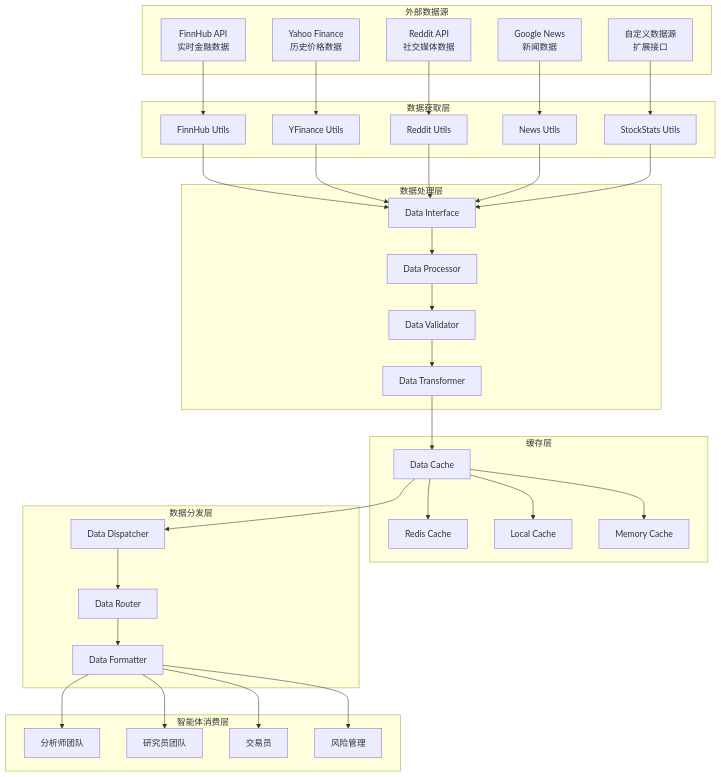
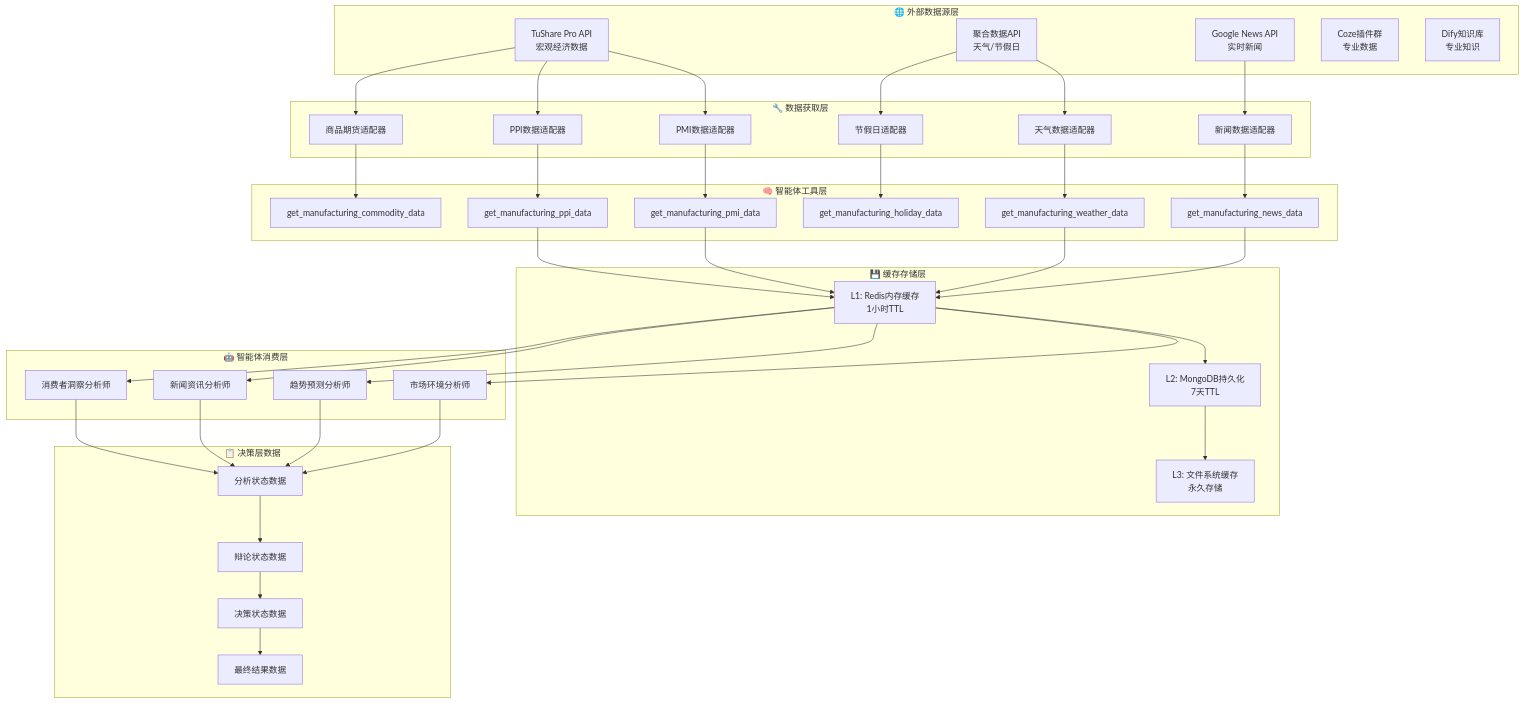
The first of 3 diagrams in docs/architecture/data-flow-architecture.md (YUHAO-corn/manufacturing-agents), drawn with Mermaid before and after one commit. The commit also changed other lines of this file and 12 other files, not shown here.

````diff
--- a/docs/architecture/data-flow-architecture.md
+++ b/docs/architecture/data-flow-architecture.md
@@ -9,75 +15,91 @@
 ```mermaid
-graph TB
-    subgraph "外部数据源"
-        FINNHUB[FinnHub API<br/>实时金融数据]
-        YAHOO[Yahoo Finance<br/>历史价格数据]
-        REDDIT[Reddit API<br/>社交媒体数据]
-        GNEWS[Google News<br/>新闻数据]
-        CUSTOM[自定义数据源<br/>扩展接口]
+graph TD
+    subgraph "🌐 外部数据源层"
+        TUSHARE[TuShare Pro API<br/>宏观经济数据]
+        JUHE[聚合数据API<br/>天气/节假日]
+        GOOGLE_NEWS[Google News API<br/>实时新闻]
+        COZE[Coze插件群<br/>专业数据]
+        DIFY[Dify知识库<br/>专业知识]
     end
+
+    subgraph "🔧 数据获取层"
+        PMI_ADAPTER[PMI数据适配器]
+        PPI_ADAPTER[PPI数据适配器]
+        WEATHER_ADAPTER[天气数据适配器]
+        NEWS_ADAPTER[新闻数据适配器]
+        HOLIDAY_ADAPTER[节假日适配器]
+        COMMODITY_ADAPTER[商品期货适配器]
+    end
+
+    subgraph "🧠 智能体工具层"
+        PMI_TOOL[get_manufacturing_pmi_data]
+        PPI_TOOL[get_manufacturing_ppi_data]
+        WEATHER_TOOL[get_manufacturing_weather_data]
+        NEWS_TOOL[get_manufacturing_news_data]
+        HOLIDAY_TOOL[get_manufacturing_holiday_data]
+        COMMODITY_TOOL[get_manufacturing_commodity_data]
+    end
+
+    subgraph "💾 缓存存储层"
+        L1_CACHE[L1: Redis内存缓存<br/>1小时TTL]
+        L2_CACHE[L2: MongoDB持久化<br/>7天TTL]
+        L3_CACHE[L3: 文件系统缓存<br/>永久存储]
+    end
+
+    subgraph "🤖 智能体消费层"
+        MEA[市场环境分析师]
+        TPA[趋势预测分析师]
+        INA[新闻资讯分析师]
+        CIA[消费者洞察分析师]
+    end
+
+    subgraph "📋 决策层数据"
+        ANALYSIS_STATE[分析状态数据]
+        DEBATE_STATE[辩论状态数据]
+        DECISION_STATE[决策状态数据]
+        FINAL_STATE[最终结果数据]
+    end
+
+    %% 数据获取路径
+    TUSHARE --> PMI_ADAPTER
+    TUSHARE --> PPI_ADAPTER
+    TUSHARE --> COMMODITY_ADAPTER
     
-    subgraph "数据获取层"
-        FUTILS[FinnHub Utils]
-        YUTILS[YFinance Utils]
-        RUTILS[Reddit Utils]
-        NUTILS[News Utils]
-        SUTILS[StockStats Utils]
-    end
+    JUHE --> WEATHER_ADAPTER
+    JUHE --> HOLIDAY_ADAPTER
     
-    subgraph "数据处理层"
-        INTERFACE[Data Interface]
-        PROCESSOR[Data Processor]
-        VALIDATOR[Data Validator]
-        TRANSFORMER[Data Transformer]
-    end
+    GOOGLE_NEWS --> NEWS_ADAPTER
     
-    subgraph "缓存层"
-        CACHE[Data Cache]
-        REDIS[Redis Cache]
-        LOCAL[Local Cache]
-        MEMORY[Memory Cache]
-    end
+    %% 适配器到工具
+    PMI_ADAPTER --> PMI_TOOL
+    PPI_ADAPTER --> PPI_TOOL
+    WEATHER_ADAPTER --> WEATHER_TOOL
+    NEWS_ADAPTER --> NEWS_TOOL
+    HOLIDAY_ADAPTER --> HOLIDAY_TOOL
+    COMMODITY_ADAPTER --> COMMODITY_TOOL
     
-    subgraph "数据分发层"
-        DISPATCHER[Data Dispatcher]
-        ROUTER[Data Router]
-        FORMATTER[Data Formatter]
-    end
+    %% 缓存流程
+    PMI_TOOL --> L1_CACHE
+    PPI_TOOL --> L1_CACHE
+    WEATHER_TOOL --> L1_CACHE
+    NEWS_TOOL --> L1_CACHE
     
-    subgraph "智能体消费层"
-        ANALYSTS[分析师团队]
-        RESEARCHERS[研究员团队]
-        TRADER[交易员]
-        RISK[风险管理]
-    end
+    L1_CACHE --> L2_CACHE
+    L2_CACHE --> L3_CACHE
     
-    FINNHUB --> FUTILS
-    YAHOO --> YUTILS
-    REDDIT --> RUTILS
-    GNEWS --> NUTILS
-    CUSTOM --> SUTILS
+    %% 智能体消费
+    L1_CACHE --> MEA
+    L1_CACHE --> TPA
+    L1_CACHE --> INA
+    L1_CACHE --> CIA
     
-    FUTILS --> INTERFACE
-    YUTILS --> INTERFACE
-    RUTILS --> INTERFACE
-    NUTILS --> INTERFACE
-    SUTILS --> INTERFACE
+    %% 状态数据流
+    MEA --> ANALYSIS_STATE
+    TPA --> ANALYSIS_STATE
+    INA --> ANALYSIS_STATE
+    CIA --> ANALYSIS_STATE
     
-    INTERFACE --> PROCESSOR
-    PROCESSOR --> VALIDATOR
-    VALIDATOR --> TRANSFORMER
-    
-    TRANSFORMER --> CACHE
-    CACHE --> REDIS
-    CACHE --> LOCAL
-    CACHE --> MEMORY
-    
-    CACHE --> DISPATCHER
-    DISPATCHER --> ROUTER
-    ROUTER --> FORMATTER
-    
-    FORMATTER --> ANALYSTS
-    FORMATTER --> RESEARCHERS
-    FORMATTER --> TRADER
-    FORMATTER --> RISK
+    ANALYSIS_STATE --> DEBATE_STATE
+    DEBATE_STATE --> DECISION_STATE
+    DECISION_STATE --> FINAL_STATE
 ```
````
